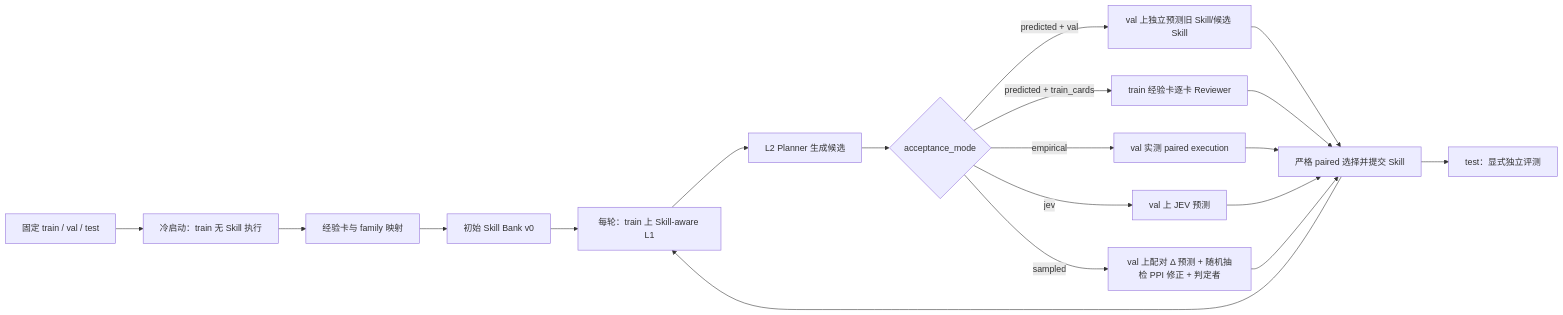
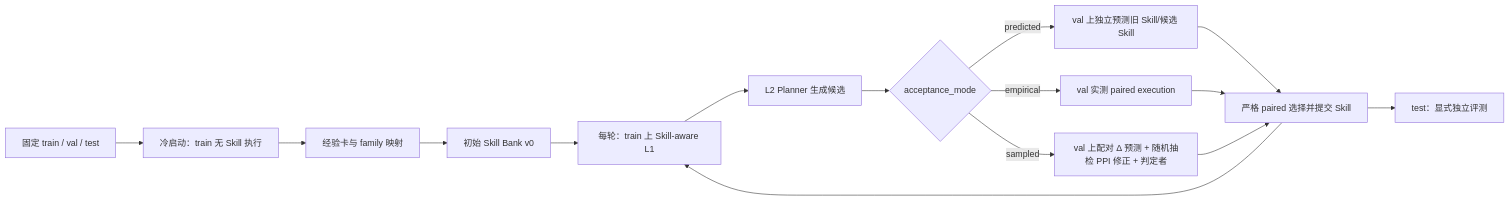
One commit to neumyor/SkillExpand changed the diagram in README.md. Above: the diagram before and after it, drawn with Mermaid. The commit also changed other lines of this file and 37 other files, not shown here.

````diff
--- a/README.md
+++ b/README.md
@@ -9,21 +9,17 @@
 ```mermaid
 flowchart LR
   A[固定 train / val / test] --> B[冷启动：train 无 Skill 执行]
   B --> C[经验卡与 family 映射]
   C --> D[初始 Skill Bank v0]
   D --> E[每轮：train 上 Skill-aware L1]
   E --> F[L2 Planner 生成候选]
   F --> G{acceptance_mode}
-  G -->|predicted + val| H[val 上独立预测旧 Skill/候选 Skill]
-  G -->|predicted + train_cards| I[train 经验卡逐卡 Reviewer]
+  G -->|predicted| H[val 上独立预测旧 Skill/候选 Skill]
   G -->|empirical| J[val 实测 paired execution]
-  G -->|jev| K[val 上 JEV 预测]
   G -->|sampled| N[val 上配对 Δ 预测 + 随机抽检 PPI 修正 + 判定者]
   H --> L[严格 paired 选择并提交 Skill]
-  I --> L
   J --> L
-  K --> L
   N --> L
   L --> E
   L --> M[test：显式独立评测]
 ```
````
